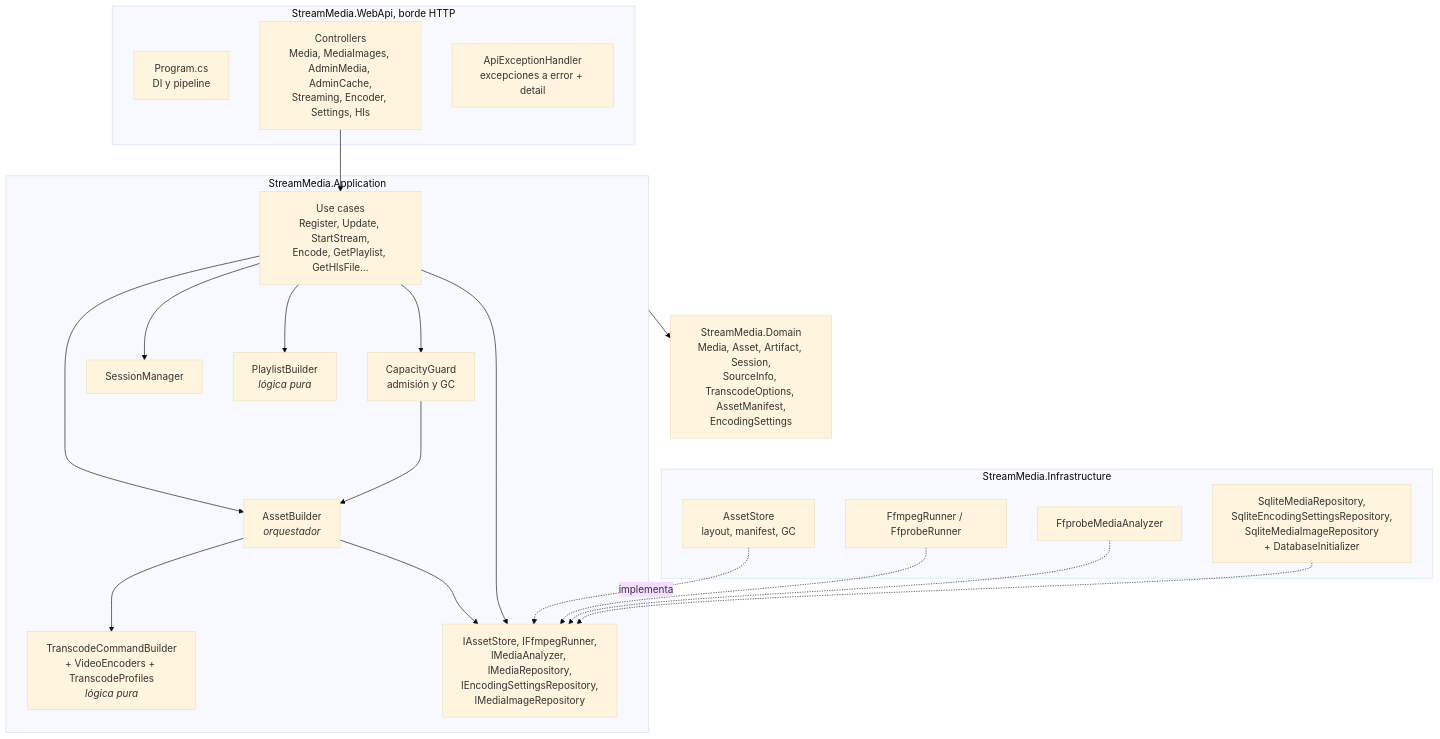
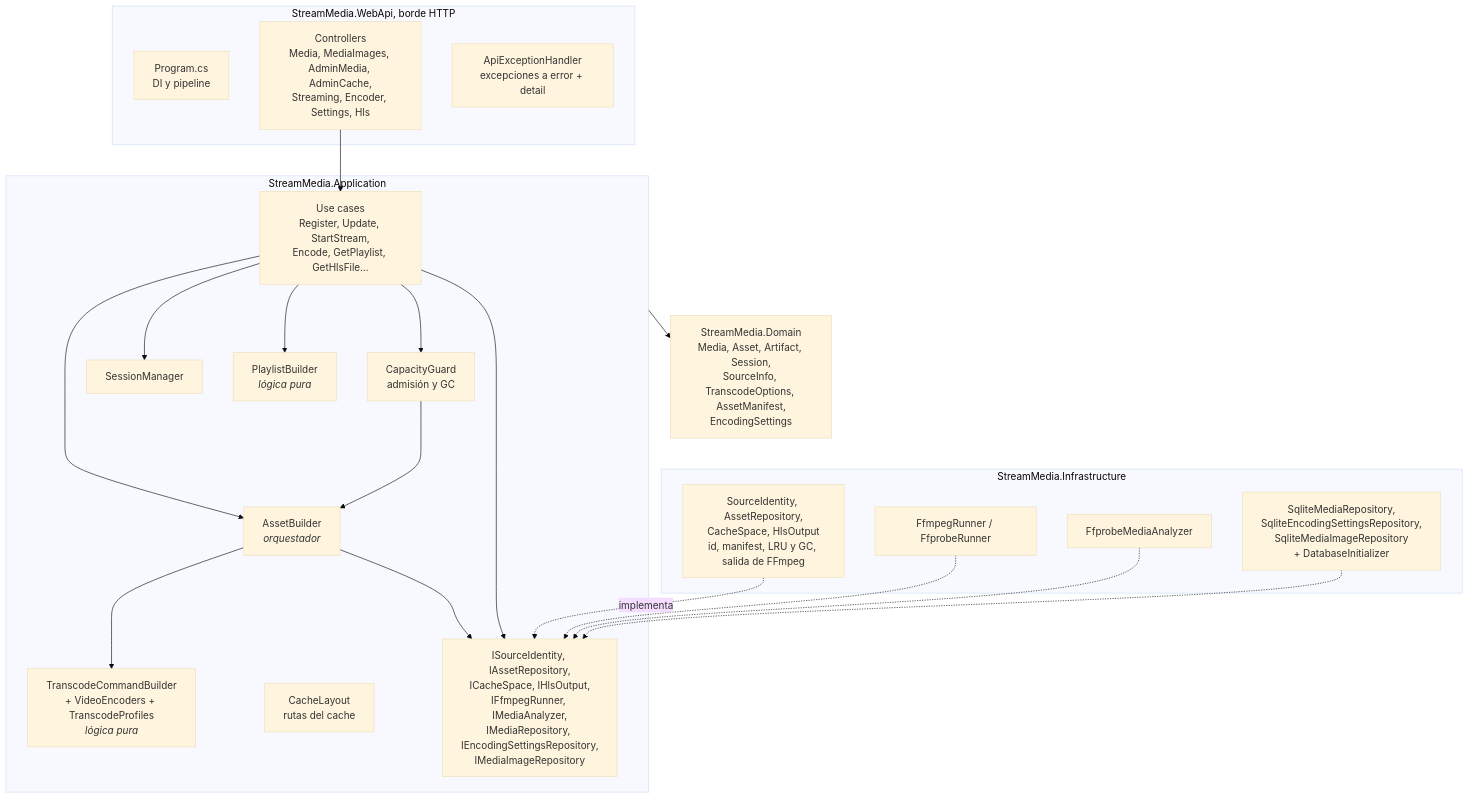
The third of 15 diagrams in system_arquitecture.md (Juan045/home-stream-app), drawn with Mermaid (base theme) before and after one commit. The commit also changed other lines of this file and 3 other files, not shown here.

Commit message:
docs: cache components after AssetStore split

````diff
--- a/system_arquitecture.md
+++ b/system_arquitecture.md
@@ -123,42 +123,43 @@
 ```mermaid
 flowchart TB
     subgraph web["StreamMedia.WebApi, borde HTTP"]
         PROG["Program.cs<br/>DI y pipeline"]
         CTRL["Controllers<br/>Media, MediaImages, AdminMedia, AdminCache,<br/>Streaming, Encoder, Settings, Hls"]
         ERR["ApiExceptionHandler<br/>excepciones a error + detail"]
     end
 
     subgraph app["StreamMedia.Application"]
         UC["Use cases<br/>Register, Update, StartStream,<br/>Encode, GetPlaylist, GetHlsFile…"]
         BUILDER["AssetBuilder<br/><i>orquestador</i>"]
         GUARD["CapacityGuard<br/>admisión y GC"]
         SESS["SessionManager"]
         PLAY["PlaylistBuilder<br/><i>lógica pura</i>"]
         CMD["TranscodeCommandBuilder<br/>+ VideoEncoders + TranscodeProfiles<br/><i>lógica pura</i>"]
-        IFACES["IAssetStore, IFfmpegRunner,<br/>IMediaAnalyzer, IMediaRepository,<br/>IEncodingSettingsRepository,<br/>IMediaImageRepository"]
+        LAYOUT["CacheLayout<br/>rutas del cache"]
+        IFACES["ISourceIdentity, IAssetRepository,<br/>ICacheSpace, IHlsOutput,<br/>IFfmpegRunner, IMediaAnalyzer,<br/>IMediaRepository, IEncodingSettingsRepository,<br/>IMediaImageRepository"]
     end
 
     subgraph inf["StreamMedia.Infrastructure"]
-        STORE["AssetStore<br/>layout, manifest, GC"]
+        STORE["SourceIdentity, AssetRepository,<br/>CacheSpace, HlsOutput<br/>id, manifest, LRU y GC, salida de FFmpeg"]
         RUN["FfmpegRunner / FfprobeRunner"]
         ANALYZ["FfprobeMediaAnalyzer"]
         REPO["SqliteMediaRepository,<br/>SqliteEncodingSettingsRepository,<br/>SqliteMediaImageRepository<br/>+ DatabaseInitializer"]
     end
 
     DOM["StreamMedia.Domain<br/>Media, Asset, Artifact, Session,<br/>SourceInfo, TranscodeOptions, AssetManifest,<br/>EncodingSettings"]
 
     CTRL --> UC
     UC --> BUILDER
     UC --> GUARD
     UC --> SESS
     UC --> PLAY
     GUARD --> BUILDER
     BUILDER --> CMD
     BUILDER --> IFACES
     UC --> IFACES
     STORE -.->|"implementa"| IFACES
     RUN -.-> IFACES
     ANALYZ -.-> IFACES
     REPO -.-> IFACES
     app --> DOM
 ```
````
